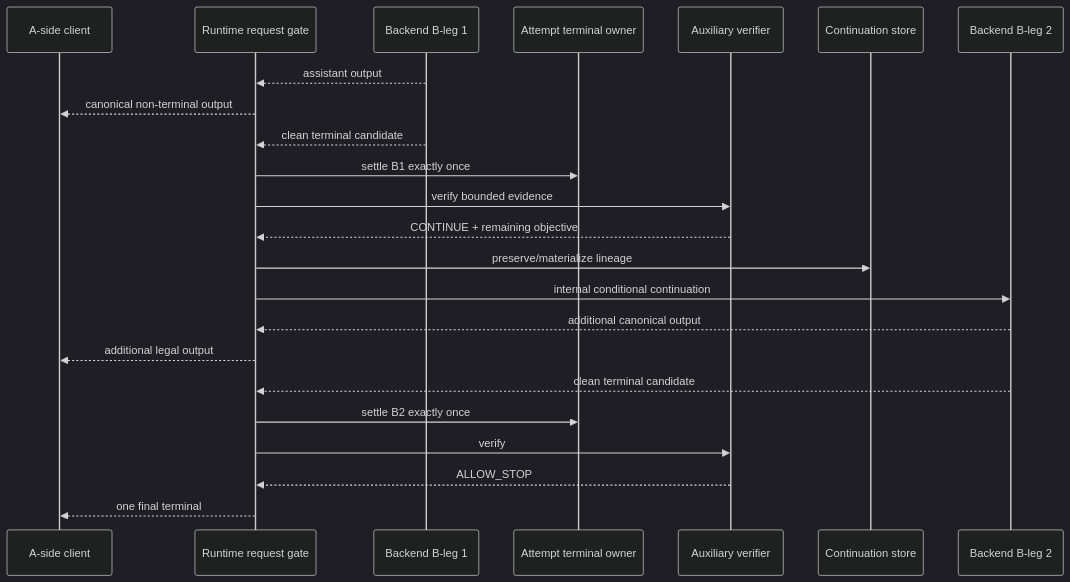
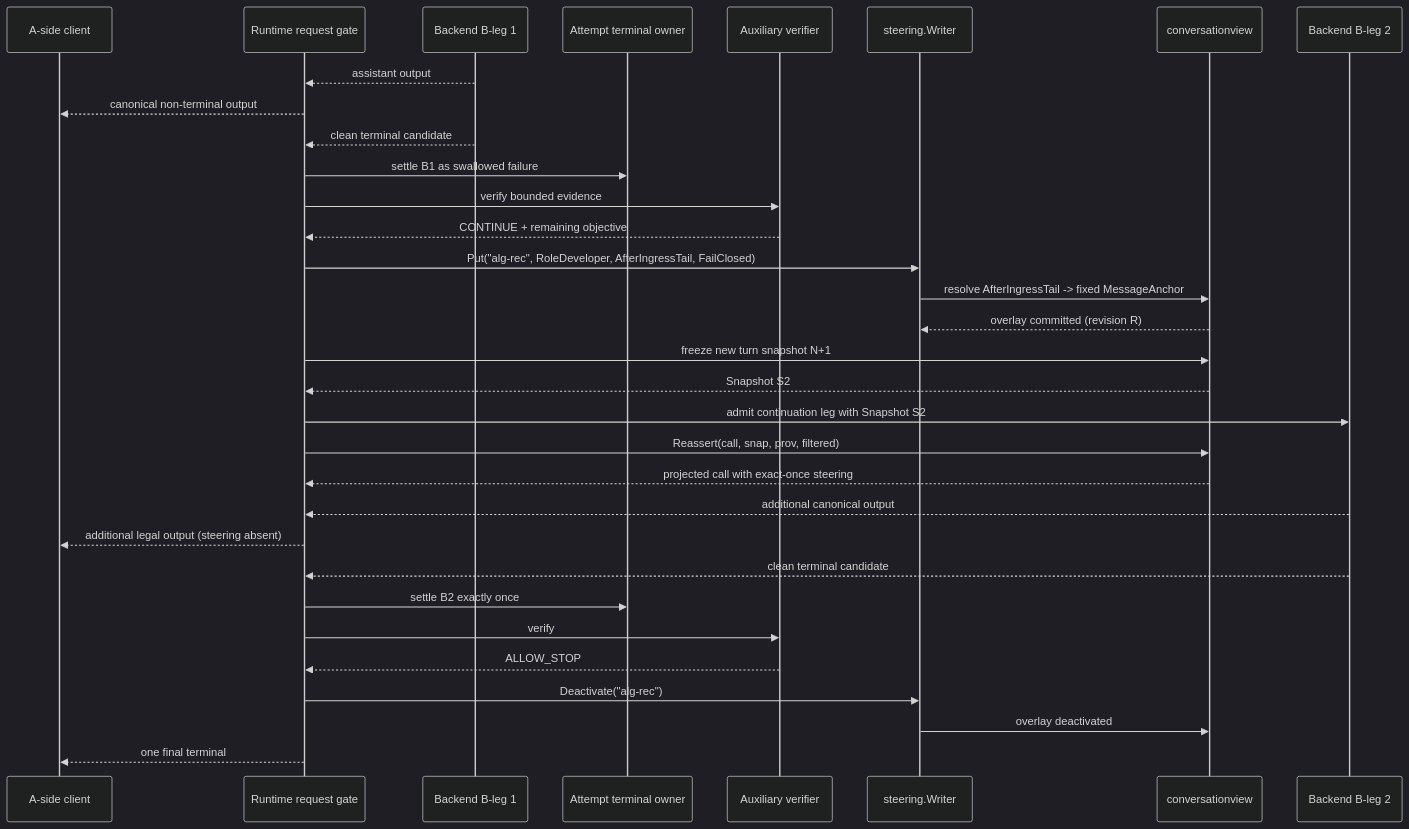
The fifth of 6 diagrams in .kiro/specs/agent-loop-breach-prevention/design.md (matdev83/go-llm-interactive-proxy), drawn with Mermaid (dark theme) before and after one commit. The commit also changed other lines of this file and 5 other files, not shown here.

````diff
--- a/.kiro/specs/agent-loop-breach-prevention/design.md
+++ b/.kiro/specs/agent-loop-breach-prevention/design.md
@@ -386,26 +459,35 @@
 ```mermaid
 sequenceDiagram
     participant A as A-side client
     participant R as Runtime request gate
     participant B1 as Backend B-leg 1
     participant T as Attempt terminal owner
     participant V as Auxiliary verifier
-    participant C as Continuation store
+    participant SW as steering.Writer
+    participant CV as conversationview
     participant B2 as Backend B-leg 2
 
     B1-->>R: assistant output
     R-->>A: canonical non-terminal output
     B1-->>R: clean terminal candidate
-    R->>T: settle B1 exactly once
+    R->>T: settle B1 as swallowed failure
     R->>V: verify bounded evidence
     V-->>R: CONTINUE + remaining objective
-    R->>C: preserve/materialize lineage
-    R->>B2: internal conditional continuation
+    R->>SW: Put("alg-rec", RoleDeveloper, AfterIngressTail, FailClosed)
+    SW->>CV: resolve AfterIngressTail -> fixed MessageAnchor
+    CV-->>SW: overlay committed (revision R)
+    R->>CV: freeze new turn snapshot N+1
+    CV-->>R: Snapshot S2
+    R->>B2: admit continuation leg with Snapshot S2
+    R->>CV: Reassert(call, snap, prov, filtered)
+    CV-->>R: projected call with exact-once steering
     B2-->>R: additional canonical output
-    R-->>A: additional legal output
+    R-->>A: additional legal output (steering absent)
     B2-->>R: clean terminal candidate
     R->>T: settle B2 exactly once
     R->>V: verify
     V-->>R: ALLOW_STOP
+    R->>SW: Deactivate("alg-rec")
+    SW->>CV: overlay deactivated
     R-->>A: one final terminal
 ```
````
